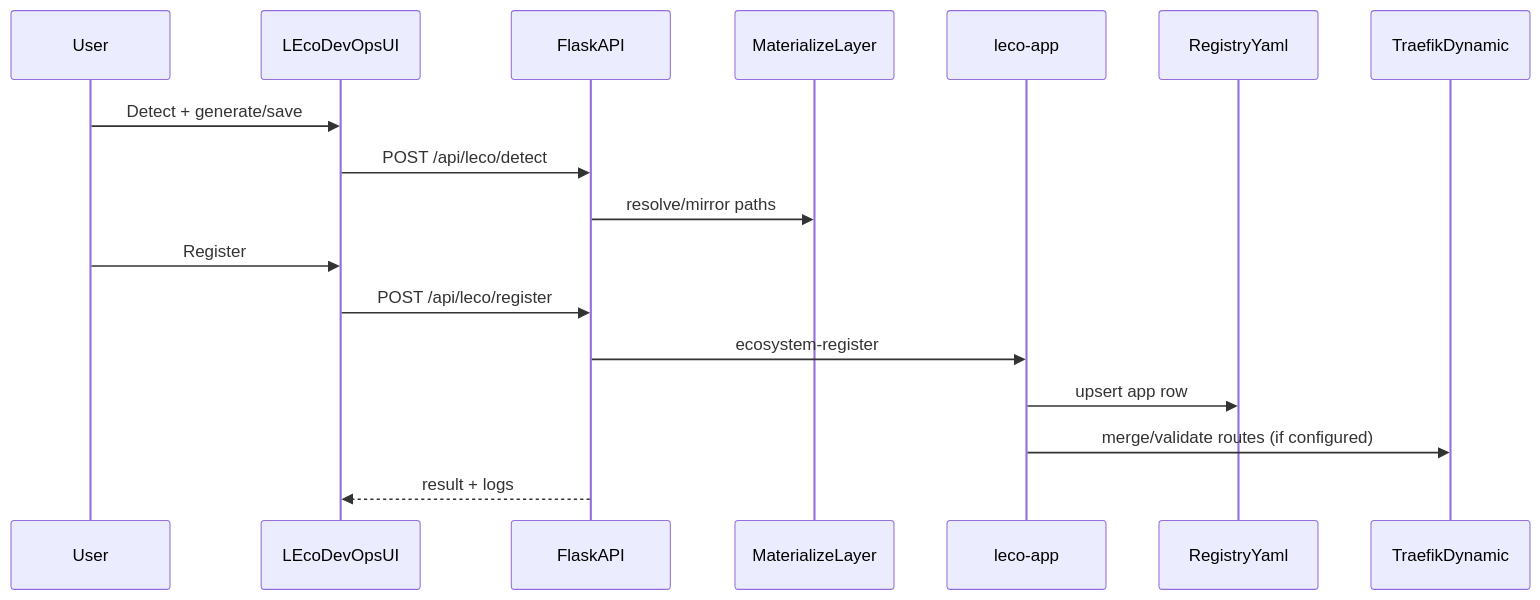
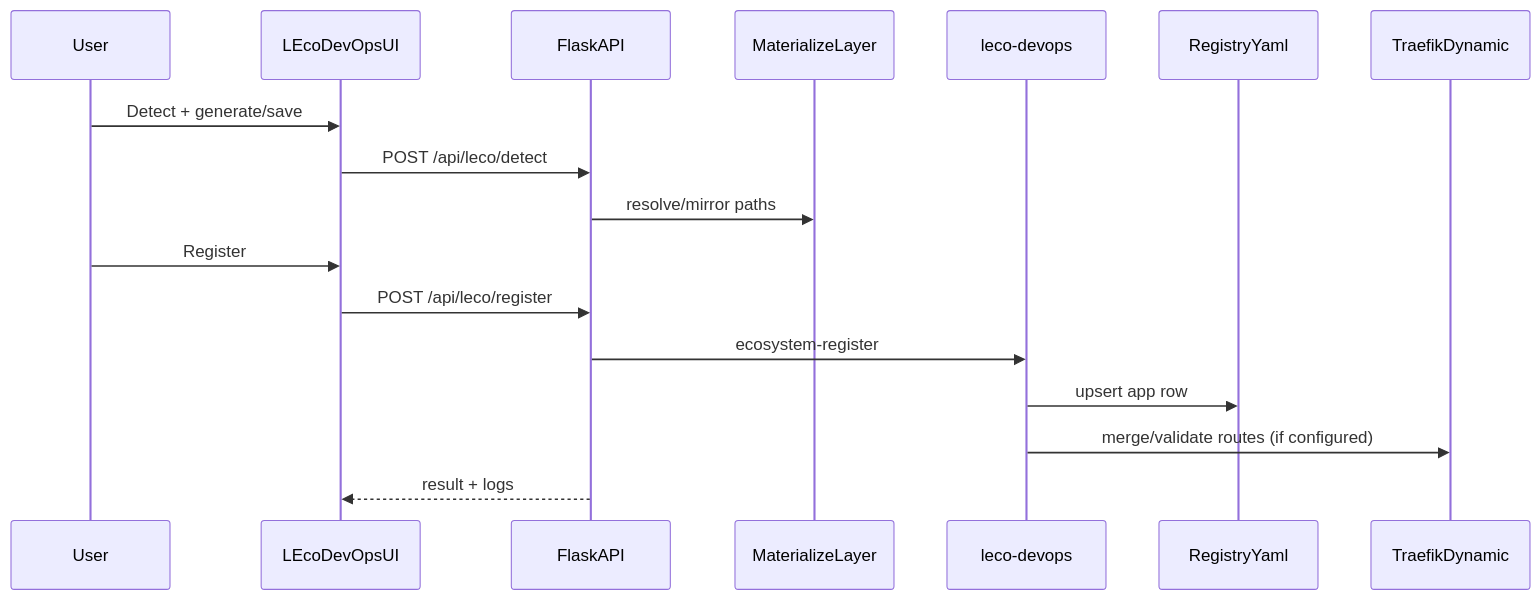
One commit to leco-devops/local-ecosystem changed the first of 2 diagrams in docs/LLD.md. Above: the diagram before and after it, drawn with Mermaid. The commit also changed 110 other files, not shown here.

````diff
--- a/docs/LLD.md
+++ b/docs/LLD.md
@@ -94,20 +94,20 @@
 ```mermaid
 sequenceDiagram
   participant U as User
   participant UI as LEcoDevOpsUI
   participant API as FlaskAPI
   participant MAT as MaterializeLayer
-  participant CLI as leco-app
+  participant CLI as leco-devops
   participant REG as RegistryYaml
   participant TR as TraefikDynamic
 
   U->>UI: Detect + generate/save
   UI->>API: POST /api/leco/detect
   API->>MAT: resolve/mirror paths
   U->>UI: Register
   UI->>API: POST /api/leco/register
   API->>CLI: ecosystem-register
   CLI->>REG: upsert app row
   CLI->>TR: merge/validate routes (if configured)
   API-->>UI: result + logs
 ```
````
